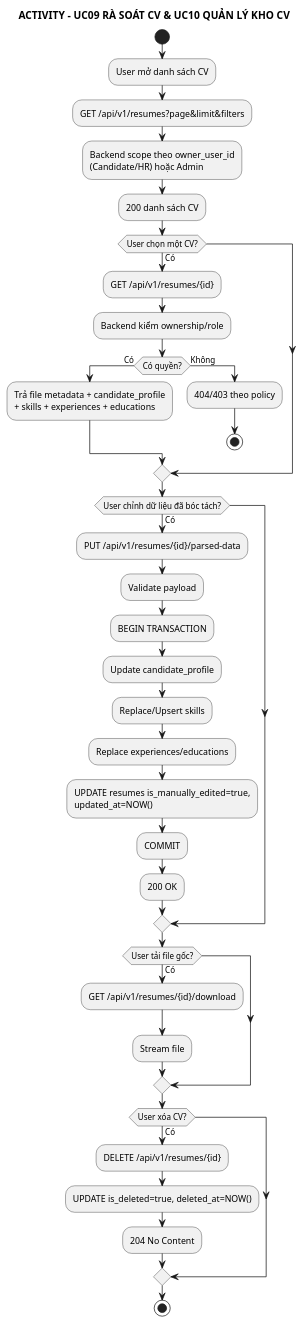
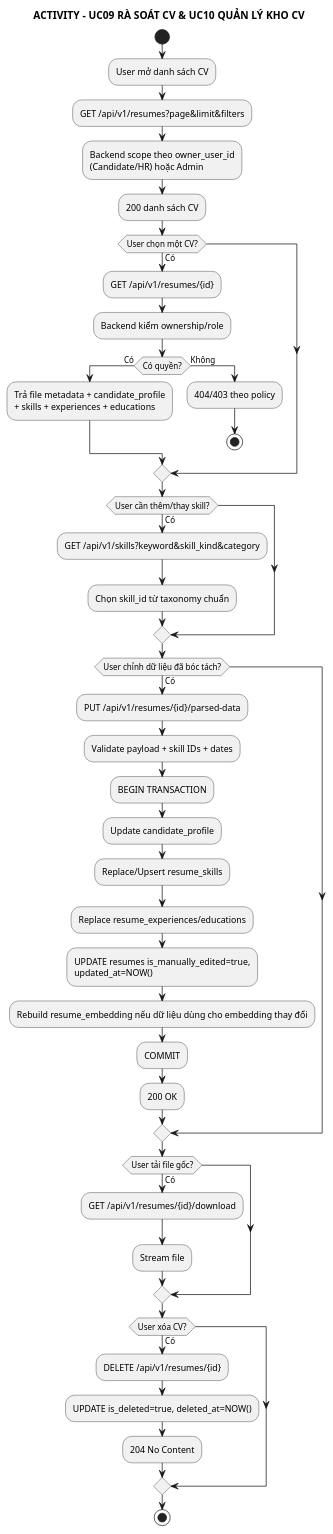
The diagram in docs/03_activity/act_uc09_10_review_manage_cv.puml (anh632k-ui/WebCVUngVienTuyenDung), drawn with PlantUML before and after one commit.

Commit message:
docs(pttk): align CV review with taxonomy lookup

```diff
--- a/docs/03_activity/act_uc09_10_review_manage_cv.puml
+++ b/docs/03_activity/act_uc09_10_review_manage_cv.puml
@@ -1,50 +1,56 @@
 @startuml
 skinparam monochrome true
 skinparam shadowing false
 
 title ACTIVITY - UC09 RÀ SOÁT CV & UC10 QUẢN LÝ KHO CV
 
 start
 :User mở danh sách CV;
 :GET /api/v1/resumes?page&limit&filters;
 :Backend scope theo owner_user_id
 (Candidate/HR) hoặc Admin;
 :200 danh sách CV;
 
 if (User chọn một CV?) then (Có)
   :GET /api/v1/resumes/{id};
   :Backend kiểm ownership/role;
   if (Có quyền?) then (Có)
     :Trả file metadata + candidate_profile
     + skills + experiences + educations;
   else (Không)
     :404/403 theo policy;
     stop
   endif
 endif
 
+if (User cần thêm/thay skill?) then (Có)
+  :GET /api/v1/skills?keyword&skill_kind&category;
+  :Chọn skill_id từ taxonomy chuẩn;
+endif
+
 if (User chỉnh dữ liệu đã bóc tách?) then (Có)
   :PUT /api/v1/resumes/{id}/parsed-data;
-  :Validate payload;
+  :Validate payload + skill IDs + dates;
   :BEGIN TRANSACTION;
   :Update candidate_profile;
-  :Replace/Upsert skills;
-  :Replace experiences/educations;
+  :Replace/Upsert resume_skills;
+  :Replace resume_experiences/educations;
   :UPDATE resumes is_manually_edited=true,
   updated_at=NOW();
+  :Rebuild resume_embedding nếu dữ liệu dùng cho embedding thay đổi;
   :COMMIT;
   :200 OK;
 endif
 
 if (User tải file gốc?) then (Có)
   :GET /api/v1/resumes/{id}/download;
   :Stream file;
 endif
 
 if (User xóa CV?) then (Có)
   :DELETE /api/v1/resumes/{id};
   :UPDATE is_deleted=true, deleted_at=NOW();
   :204 No Content;
 endif
 stop
 @enduml
```
